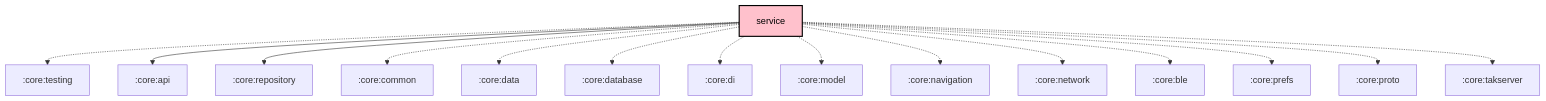
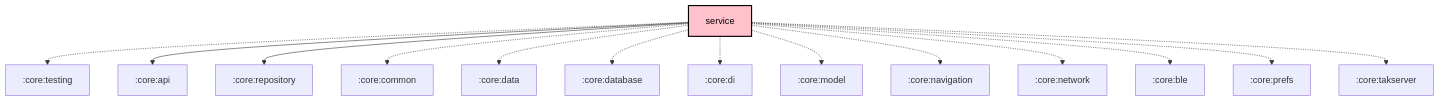
The diagram in core/service/README.md (meshtastic/Meshtastic-Android), drawn with Mermaid before and after one commit. The commit also changed 17 other files, not shown here.

First line of the commit message:
chore: Scheduled updates (Firmware, Hardware, Translations, Graphs)

````diff
--- a/core/service/README.md
+++ b/core/service/README.md
@@ -27,32 +27,31 @@
 ```mermaid
 graph TB
   :core:service[service]:::kmp-library
   :core:service -.-> :core:testing
   :core:service --> :core:api
   :core:service --> :core:repository
   :core:service -.-> :core:common
   :core:service -.-> :core:data
   :core:service -.-> :core:database
   :core:service -.-> :core:di
   :core:service -.-> :core:model
   :core:service -.-> :core:navigation
   :core:service -.-> :core:network
   :core:service -.-> :core:ble
   :core:service -.-> :core:prefs
-  :core:service -.-> :core:proto
   :core:service -.-> :core:takserver
 
 classDef android-application fill:#CAFFBF,stroke:#000,stroke-width:2px,color:#000;
 classDef android-application-compose fill:#CAFFBF,stroke:#000,stroke-width:2px,color:#000;
 classDef compose-desktop-application fill:#CAFFBF,stroke:#000,stroke-width:2px,color:#000;
 classDef android-feature fill:#FFD6A5,stroke:#000,stroke-width:2px,color:#000;
 classDef android-library fill:#9BF6FF,stroke:#000,stroke-width:2px,color:#000;
 classDef android-library-compose fill:#9BF6FF,stroke:#000,stroke-width:2px,color:#000;
 classDef android-test fill:#A0C4FF,stroke:#000,stroke-width:2px,color:#000;
 classDef jvm-library fill:#BDB2FF,stroke:#000,stroke-width:2px,color:#000;
 classDef kmp-feature fill:#FFD6A5,stroke:#000,stroke-width:2px,color:#000;
 classDef kmp-library-compose fill:#FFC1CC,stroke:#000,stroke-width:2px,color:#000;
 classDef kmp-library fill:#FFC1CC,stroke:#000,stroke-width:2px,color:#000;
 classDef unknown fill:#FFADAD,stroke:#000,stroke-width:2px,color:#000;
 
 ```
````
